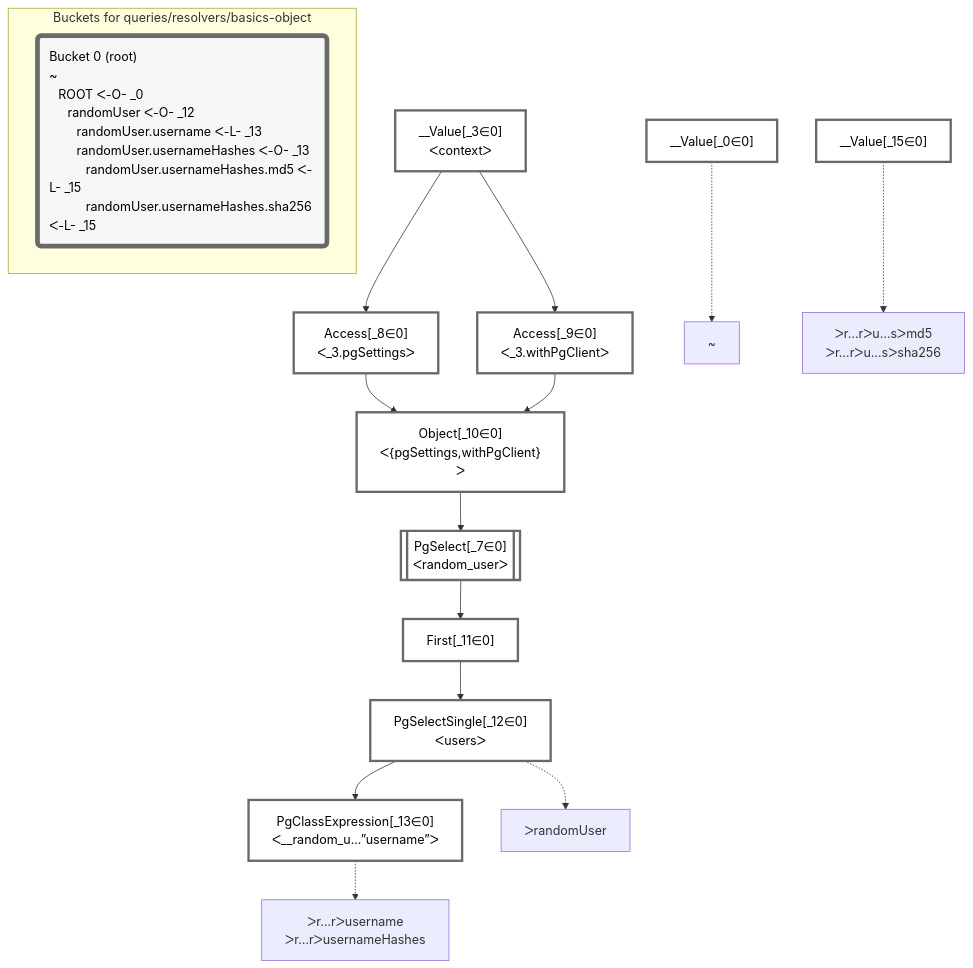
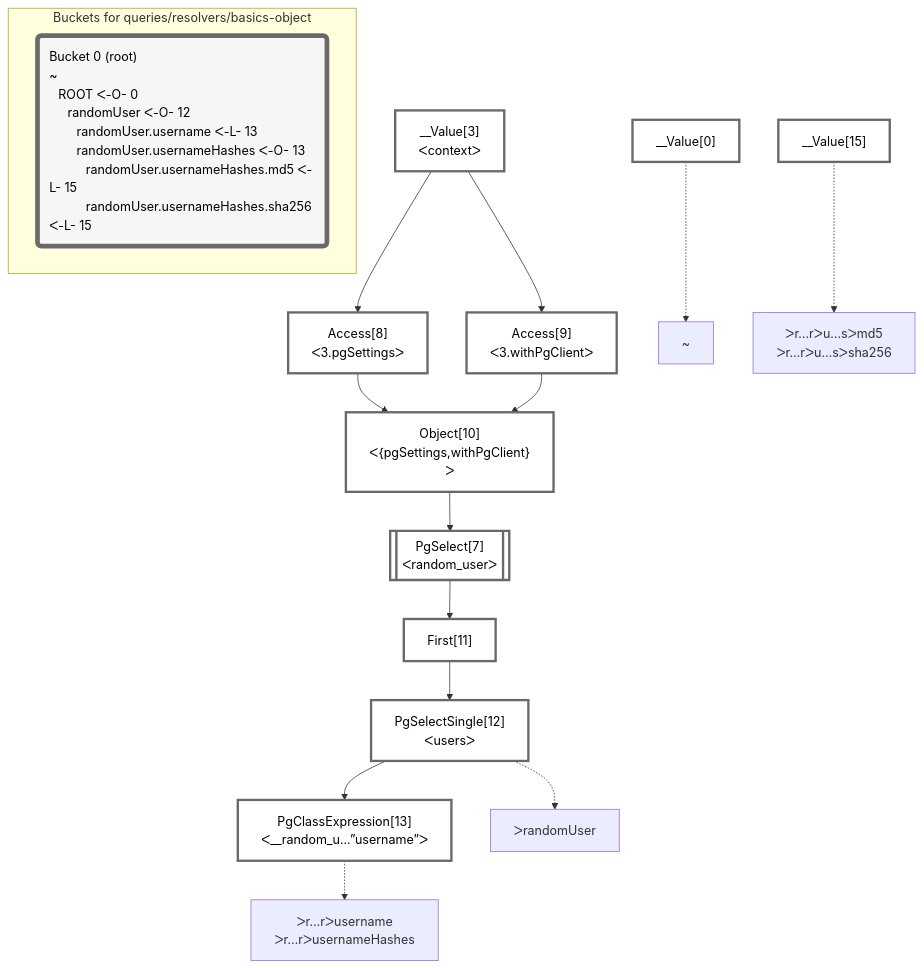
Before and after one commit to graphile/crystal: the diagram in packages/dataplan-pg/__tests__/queries/resolvers/basics-object.mermaid.md, drawn with Mermaid. The commit also changed 195 other files, not shown here.

````diff
--- a/packages/dataplan-pg/__tests__/queries/resolvers/basics-object.mermaid.md
+++ b/packages/dataplan-pg/__tests__/queries/resolvers/basics-object.mermaid.md
@@ -1,46 +1,46 @@
 ```mermaid
 graph TD
     classDef path fill:#eee,stroke:#000,color:#000
     classDef plan fill:#fff,stroke-width:3px,color:#000
     classDef itemplan fill:#fff,stroke-width:6px,color:#000
     classDef sideeffectplan fill:#f00,stroke-width:6px,color:#000
     classDef bucket fill:#f6f6f6,color:#000,stroke-width:6px,text-align:left
 
 
     %% define plans
-    __Value_0["__Value[_0∈0]"]:::plan
-    PgClassExpression_13["PgClassExpression[_13∈0]<br />ᐸ__random_u...”username”ᐳ"]:::plan
-    PgSelectSingle_12["PgSelectSingle[_12∈0]<br />ᐸusersᐳ"]:::plan
-    First_11["First[_11∈0]"]:::plan
-    PgSelect_7[["PgSelect[_7∈0]<br />ᐸrandom_userᐳ"]]:::plan
-    Object_10["Object[_10∈0]<br />ᐸ{pgSettings,withPgClient}ᐳ"]:::plan
-    Access_8["Access[_8∈0]<br />ᐸ_3.pgSettingsᐳ"]:::plan
-    Access_9["Access[_9∈0]<br />ᐸ_3.withPgClientᐳ"]:::plan
-    __Value_3["__Value[_3∈0]<br />ᐸcontextᐳ"]:::plan
-    __Value_15["__Value[_15∈0]"]:::plan
+    __Value0["__Value[0]"]:::plan
+    PgClassExpression13["PgClassExpression[13]<br />ᐸ__random_u...”username”ᐳ"]:::plan
+    PgSelectSingle12["PgSelectSingle[12]<br />ᐸusersᐳ"]:::plan
+    First11["First[11]"]:::plan
+    PgSelect7[["PgSelect[7]<br />ᐸrandom_userᐳ"]]:::plan
+    Object10["Object[10]<br />ᐸ{pgSettings,withPgClient}ᐳ"]:::plan
+    Access8["Access[8]<br />ᐸ3.pgSettingsᐳ"]:::plan
+    Access9["Access[9]<br />ᐸ3.withPgClientᐳ"]:::plan
+    __Value3["__Value[3]<br />ᐸcontextᐳ"]:::plan
+    __Value15["__Value[15]"]:::plan
 
     %% plan dependencies
-    PgSelectSingle_12 --> PgClassExpression_13
-    First_11 --> PgSelectSingle_12
-    PgSelect_7 --> First_11
-    Object_10 --> PgSelect_7
-    Access_8 & Access_9 --> Object_10
-    __Value_3 --> Access_8
-    __Value_3 --> Access_9
+    PgSelectSingle12 --> PgClassExpression13
+    First11 --> PgSelectSingle12
+    PgSelect7 --> First11
+    Object10 --> PgSelect7
+    Access8 & Access9 --> Object10
+    __Value3 --> Access8
+    __Value3 --> Access9
 
     %% plan-to-path relationships
-    P_0["~"]
-    __Value_0 -.-> P_0
-    P_12["ᐳrandomUser"]
-    PgSelectSingle_12 -.-> P_12
-    P_13["ᐳr…rᐳusername<br />ᐳr…rᐳusernameHashes"]
-    PgClassExpression_13 -.-> P_13
-    P_15["ᐳr…rᐳu…sᐳmd5<br />ᐳr…rᐳu…sᐳsha256"]
-    __Value_15 -.-> P_15
+    P0["~"]
+    __Value0 -.-> P0
+    P12["ᐳrandomUser"]
+    PgSelectSingle12 -.-> P12
+    P13["ᐳr…rᐳusername<br />ᐳr…rᐳusernameHashes"]
+    PgClassExpression13 -.-> P13
+    P15["ᐳr…rᐳu…sᐳmd5<br />ᐳr…rᐳu…sᐳsha256"]
+    __Value15 -.-> P15
 
     subgraph "Buckets for queries/resolvers/basics-object"
-    Bucket0("Bucket 0 (root)<br />~<br />⠀ROOT ᐸ-O- _0<br />⠀⠀randomUser ᐸ-O- _12<br />⠀⠀⠀randomUser.username ᐸ-L- _13<br />⠀⠀⠀randomUser.usernameHashes ᐸ-O- _13<br />⠀⠀⠀⠀randomUser.usernameHashes.md5 ᐸ-L- _15<br />⠀⠀⠀⠀randomUser.usernameHashes.sha256 ᐸ-L- _15"):::bucket
+    Bucket0("Bucket 0 (root)<br />~<br />⠀ROOT ᐸ-O- 0<br />⠀⠀randomUser ᐸ-O- 12<br />⠀⠀⠀randomUser.username ᐸ-L- 13<br />⠀⠀⠀randomUser.usernameHashes ᐸ-O- 13<br />⠀⠀⠀⠀randomUser.usernameHashes.md5 ᐸ-L- 15<br />⠀⠀⠀⠀randomUser.usernameHashes.sha256 ᐸ-L- 15"):::bucket
     classDef bucket0 stroke:#696969
-    class Bucket0,__Value_0,__Value_3,PgSelect_7,Access_8,Access_9,Object_10,First_11,PgSelectSingle_12,PgClassExpression_13,__Value_15 bucket0
+    class Bucket0,__Value0,__Value3,PgSelect7,Access8,Access9,Object10,First11,PgSelectSingle12,PgClassExpression13,__Value15 bucket0
     end
 ```
````
